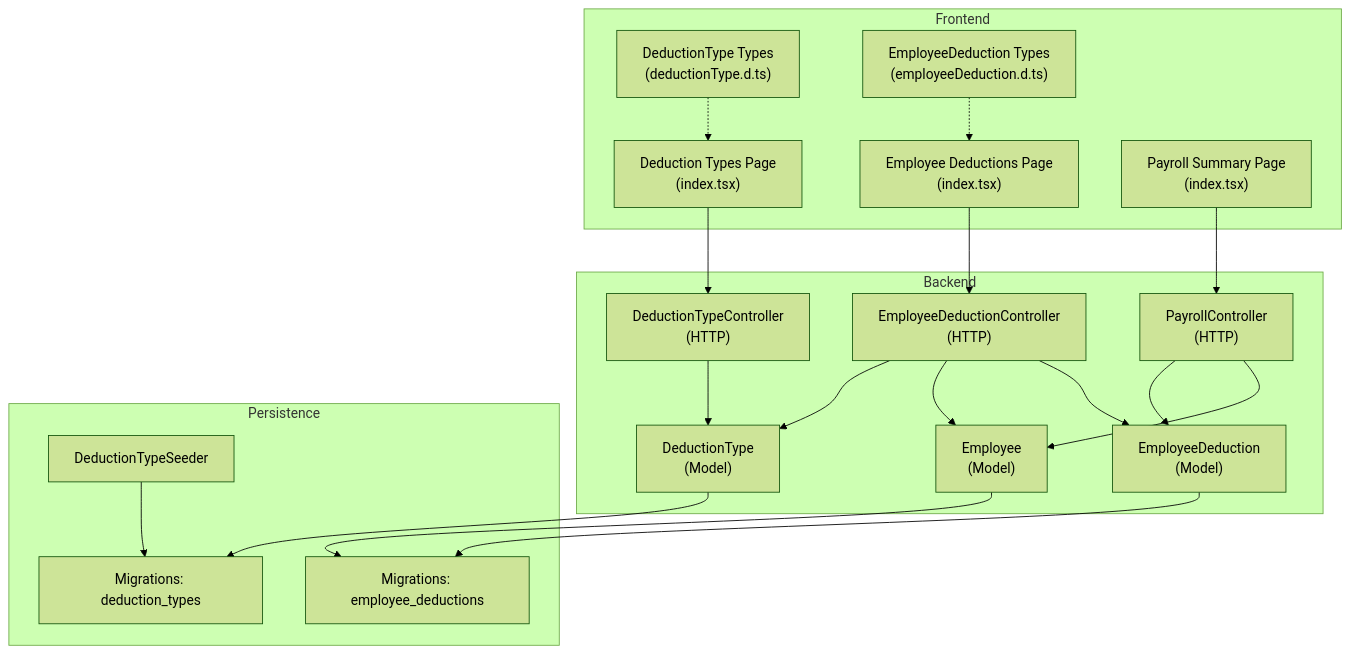
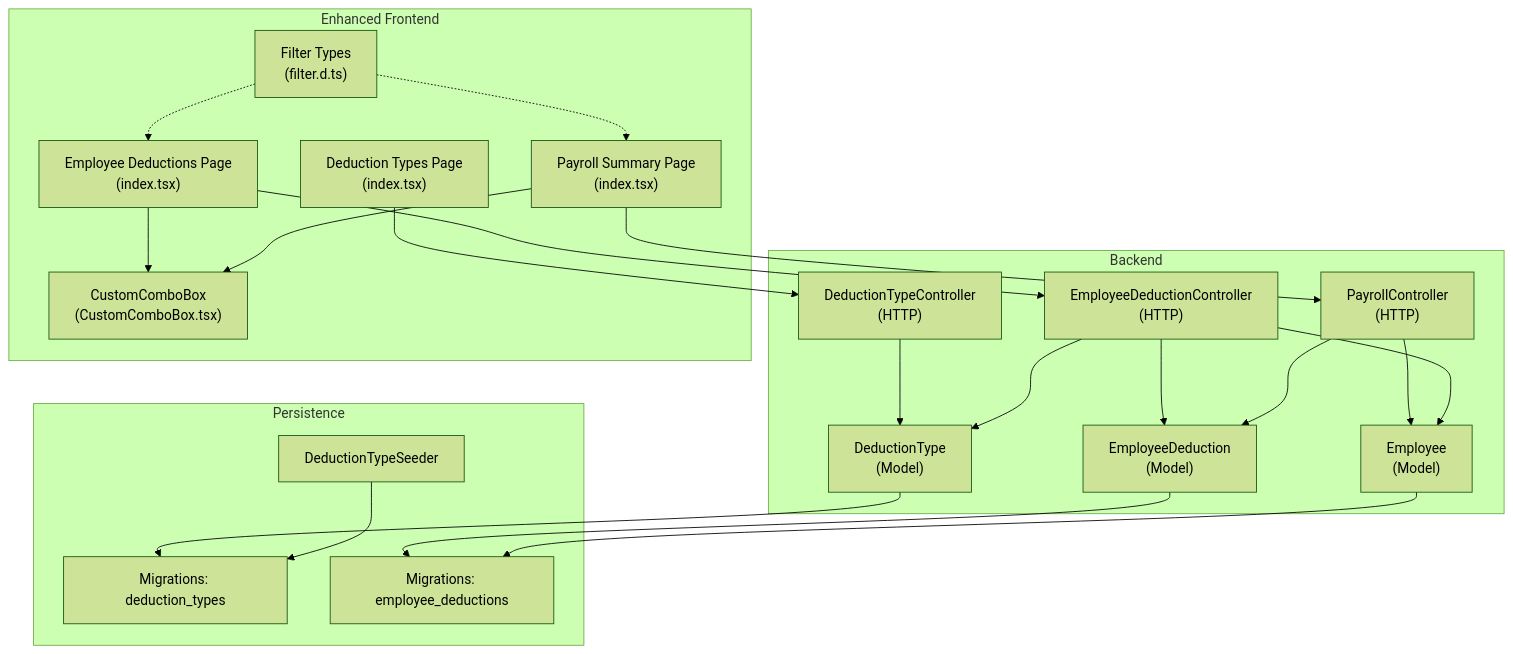
The first of 8 diagrams in .qoder/repowiki/en/content/Deduction Management/Deduction Management.md (vincet0t15/template), drawn with Mermaid (forest theme) before and after one commit. The commit also changed other lines of this file and 13 other files, not shown here.

````diff
--- a/.qoder/repowiki/en/content/Deduction Management/Deduction Management.md
+++ b/.qoder/repowiki/en/content/Deduction Management/Deduction Management.md
@@ -39,38 +51,40 @@
 ```mermaid
 graph TB
 subgraph "Backend"
 M1["DeductionType<br/>(Model)"]
 M2["EmployeeDeduction<br/>(Model)"]
 C1["DeductionTypeController<br/>(HTTP)"]
 C2["EmployeeDeductionController<br/>(HTTP)"]
 C3["PayrollController<br/>(HTTP)"]
 E1["Employee<br/>(Model)"]
 end
-subgraph "Frontend"
+subgraph "Enhanced Frontend"
 F1["Deduction Types Page<br/>(index.tsx)"]
 F2["Employee Deductions Page<br/>(index.tsx)"]
 F3["Payroll Summary Page<br/>(index.tsx)"]
-T1["DeductionType Types<br/>(deductionType.d.ts)"]
-T2["EmployeeDeduction Types<br/>(employeeDeduction.d.ts)"]
+CB["CustomComboBox<br/>(CustomComboBox.tsx)"]
+FT["Filter Types<br/>(filter.d.ts)"]
 end
 subgraph "Persistence"
 DB1["Migrations: deduction_types"]
 DB2["Migrations: employee_deductions"]
 SEED["DeductionTypeSeeder"]
 end
 C1 --> M1
 C2 --> M2
 C3 --> E1
 C2 --> E1
 C2 --> M1
 C3 --> M2
 F1 --> C1
 F2 --> C2
 F3 --> C3
+F2 --> CB
+F3 --> CB
+FT -.-> F2
+FT -.-> F3
 M1 --> DB1
 M2 --> DB2
 E1 --> DB2
 SEED --> DB1
-T1 -.-> F1
-T2 -.-> F2
 ```
````
